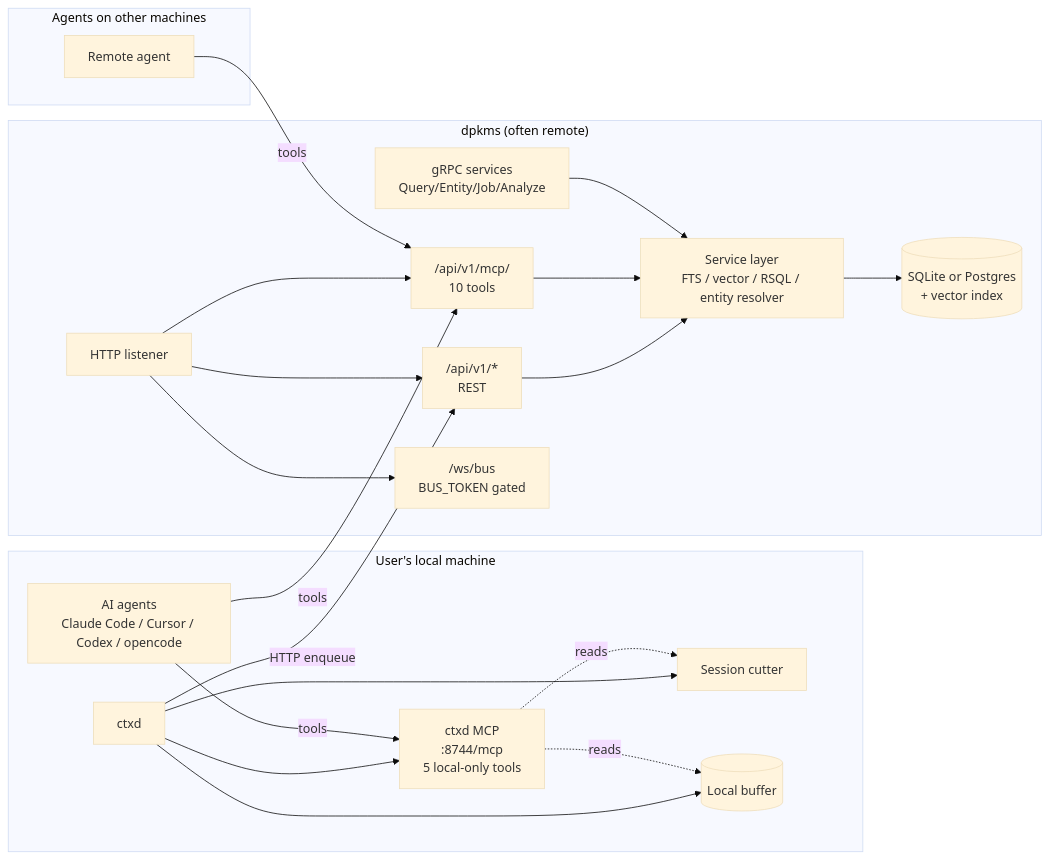
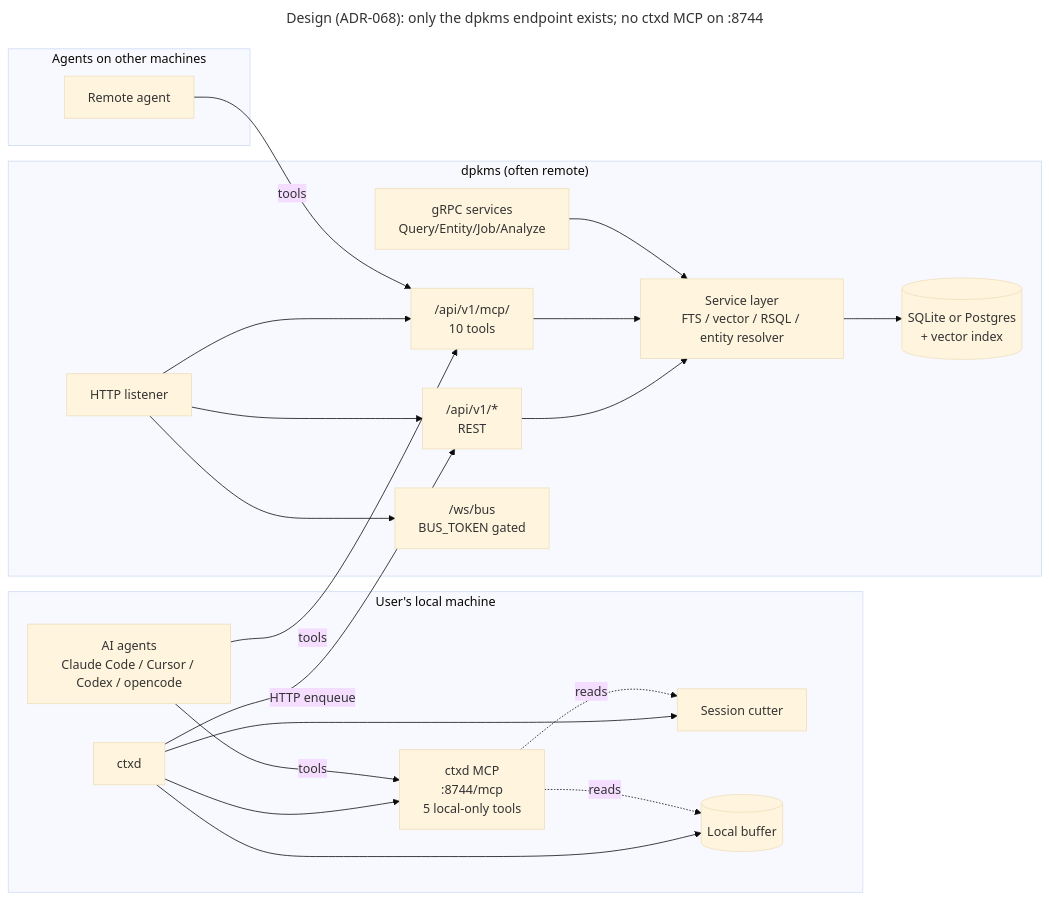
The diagram in docs/diagrams/ambient/068-topology.mmd (ContextHelp/ContextHelp), drawn with Mermaid (base theme) before and after one commit. The commit also changed 17 other files, not shown here.

First line of the commit message:
docs(plugins): mark plugin examples and ambient diagrams as unbuilt design

````diff
--- a/docs/diagrams/ambient/068-topology.mmd
+++ b/docs/diagrams/ambient/068-topology.mmd
@@ -1,45 +1,48 @@
 ```mermaid
+---
+title: "Design (ADR-068): only the dpkms endpoint exists; no ctxd MCP on :8744"
+---
 flowchart LR
     subgraph local["User's local machine"]
         agents[AI agents<br/>Claude Code / Cursor / Codex / opencode]
         ctxd[ctxd]
         local_mcp["ctxd MCP<br/>:8744/mcp<br/>5 local-only tools"]
         cutter[Session cutter]
         buf[(Local buffer)]
 
         ctxd --> local_mcp
         ctxd --> cutter
         ctxd --> buf
         local_mcp -. reads .-> buf
         local_mcp -. reads .-> cutter
     end
 
     subgraph dpkms["dpkms (often remote)"]
         http_listener[HTTP listener]
         rest["/api/v1/*<br/>REST"]
         mcp["/api/v1/mcp/<br/>10 tools"]
         grpc[gRPC services<br/>Query/Entity/Job/Analyze]
         ws["/ws/bus<br/>BUS_TOKEN gated"]
 
         http_listener --> rest
         http_listener --> mcp
         http_listener --> ws
 
         svc[Service layer<br/>FTS / vector / RSQL / entity resolver]
         store[(SQLite or Postgres<br/>+ vector index)]
 
         rest --> svc
         mcp --> svc
         grpc --> svc
         svc --> store
     end
 
     agents -->|tools| local_mcp
     agents -->|tools| mcp
     ctxd -->|HTTP enqueue| rest
 
     subgraph remote_agents["Agents on other machines"]
         remote[Remote agent]
     end
     remote -->|tools| mcp
 ```
````
